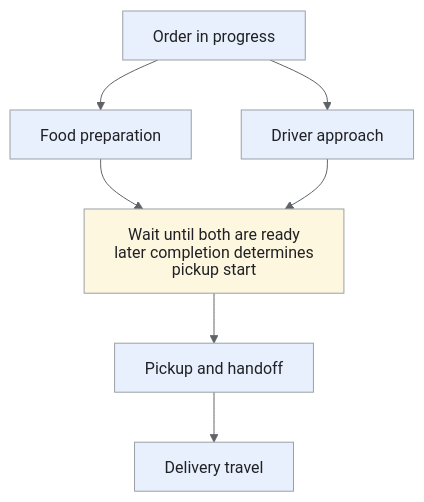
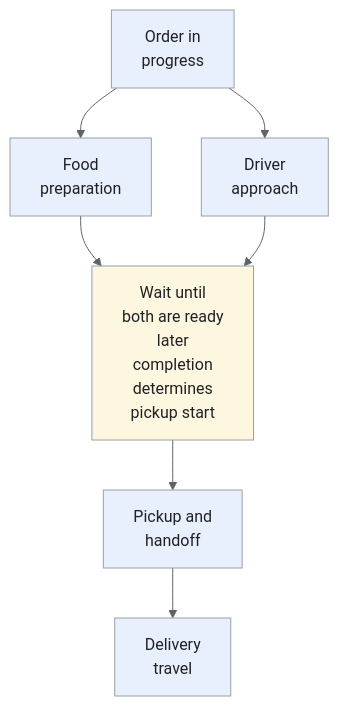
The sixth of 7 diagrams in _designs/system-design-doordash-uber-eats.md (iliazlobin/iliazlobin.github.io), drawn with Mermaid before and after one commit. The commit also changed other lines of this file and 116 other files, not shown here.

````diff
--- a/_designs/system-design-doordash-uber-eats.md
+++ b/_designs/system-design-doordash-uber-eats.md
@@ -333,16 +365,16 @@
 ```mermaid
-%%{init: {'theme':'base','htmlLabels':false,'flowchart':{'htmlLabels':false},'themeVariables':{'fontFamily':'Arial, sans-serif','primaryColor':'#e8f0fe','primaryTextColor':'#202124','primaryBorderColor':'#9aa0a6','lineColor':'#5f6368','secondaryColor':'#e6f4ea','tertiaryColor':'#fef7e0','actorBkg':'#e8f0fe','actorBorder':'#9aa0a6','actorTextColor':'#202124','noteBkgColor':'#fef7e0','noteTextColor':'#202124','noteBorderColor':'#9aa0a6','signalColor':'#5f6368','signalTextColor':'#202124','labelBoxBkgColor':'#fef7e0','labelBoxBorderColor':'#9aa0a6'}}}%%
+%%{init: {'theme':'base','themeVariables':{'primaryColor':'#e8f0fe','primaryTextColor':'#202124','primaryBorderColor':'#9aa0a6','lineColor':'#5f6368','secondaryColor':'#e6f4ea','tertiaryColor':'#fef7e0','actorBkg':'#e8f0fe','actorBorder':'#9aa0a6','actorTextColor':'#202124','noteBkgColor':'#fef7e0','noteTextColor':'#202124','noteBorderColor':'#9aa0a6','signalColor':'#5f6368','signalTextColor':'#202124','labelBoxBkgColor':'#fef7e0','labelBoxBorderColor':'#9aa0a6'}}}%%
 flowchart TB
-  S["Order in progress"] --> P["Food preparation"]
-  S --> A["Driver approach"]
-  P --> J["Wait until both are ready<br>later completion determines pickup start"]
+  S["Order in<br>progress"] --> P["Food<br>preparation"]
+  S --> A["Driver<br>approach"]
+  P --> J["Wait until<br>both are ready<br>later<br>completion<br>determines<br>pickup start"]
   A --> J
-  J --> H["Pickup and handoff"]
-  H --> T["Delivery travel"]
+  J --> H["Pickup and<br>handoff"]
+  H --> T["Delivery<br>travel"]
   class S,P,A,H,T request
   class J control
 classDef request fill:#e8f0fe,stroke:#9aa0a6,color:#202124;
 classDef data fill:#e6f4ea,stroke:#9aa0a6,color:#202124;
 classDef control fill:#fef7e0,stroke:#9aa0a6,color:#202124;
 classDef danger fill:#fce8e6,stroke:#9aa0a6,color:#202124;
 ```
````
